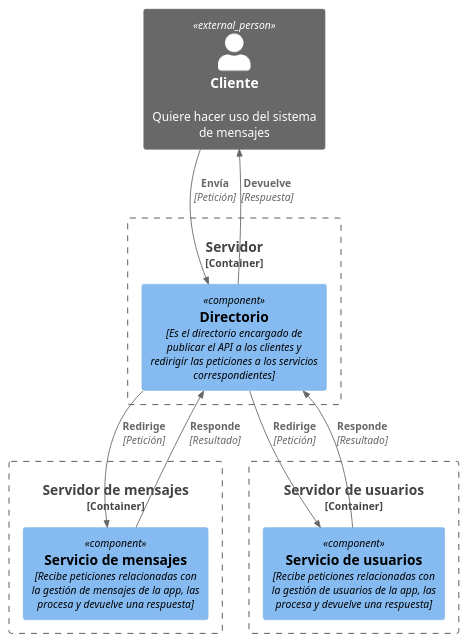
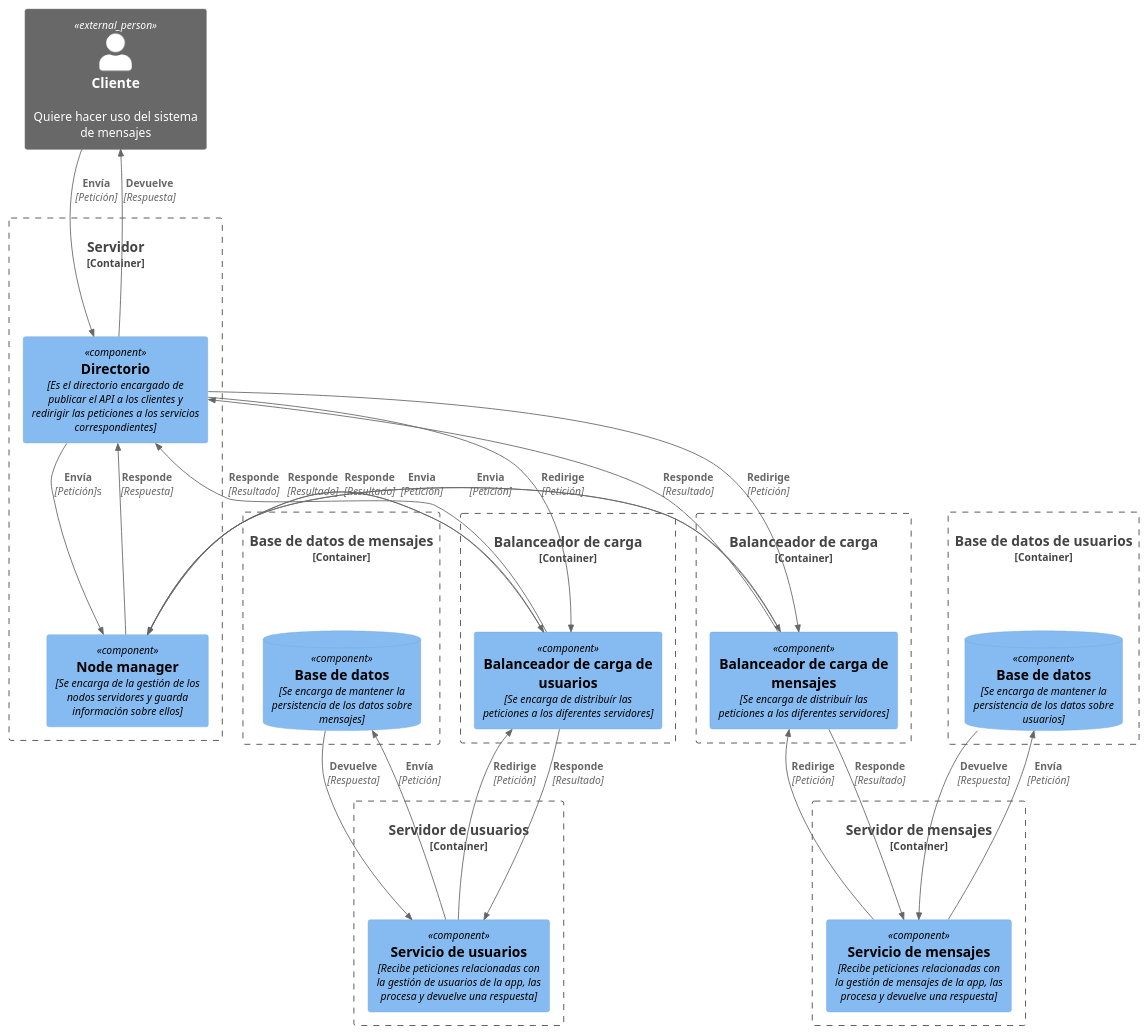
Before and after one commit to UDC-FIC-AS/practica-final-davidgsalvado: the diagram in presentación/Documentacion/contenedor.pu, drawn with PlantUML. The commit also changed 2 other files, not shown here.

```diff
--- a/presentación/Documentacion/contenedor.pu
+++ b/presentación/Documentacion/contenedor.pu
@@ -1,30 +1,92 @@
-@startuml Contenedor
+@startuml
 !include https://raw.githubusercontent.com/plantuml-stdlib/C4-PlantUML/master/C4_Component.puml
 
 Person_Ext(personAlias, "Cliente", "Quiere hacer uso del sistema de mensajes")
 
 Container_Boundary(servidor, "Servidor") {
     Component(directorio, "Directorio", "Es el directorio encargado de publicar el API a los clientes y redirigir las peticiones a los servicios correspondientes")
+    Component(nodo, "Node manager", "Se encarga de la gestión de los nodos servidores y guarda información sobre ellos")
+   
+       
+}
+
+Container_Boundary(bd1, "Base de datos de usuarios") {
+ ComponentDb(user_db, "Base de datos", "Se encarga de mantener la persistencia de los datos sobre usuarios")
+}
+
+Container_Boundary(bd2, "Base de datos de mensajes") {
+ ComponentDb(message_db, "Base de datos", "Se encarga de mantener la persistencia de los datos sobre mensajes")
 }
 
 Container_Boundary(servidor1, "Servidor de mensajes") {
     Component(mensajes, "Servicio de mensajes", "Recibe peticiones relacionadas con la gestión de mensajes de la app, las procesa y devuelve una respuesta")
+
 }
 
 Container_Boundary(servidor2, "Servidor de usuarios") {
     Component(usuarios, "Servicio de usuarios", "Recibe peticiones relacionadas con la gestión de usuarios de la app, las procesa y devuelve una respuesta")
+
 }
+
+
+Container_Boundary(balanceador1, "Balanceador de carga") {
+ Component(bal1, "Balanceador de carga de usuarios", "Se encarga de distribuír las peticiones a los diferentes servidores")
+
+}
+
+
+Container_Boundary(balanceador2, "Balanceador de carga") {
+ Component(bal2, "Balanceador de carga de mensajes", "Se encarga de distribuír las peticiones a los diferentes servidores")
+
+} 
+
+
+
+
+
+
 
 
 
 
 
 Rel(personAlias, directorio, "Envía", "Petición")
 Rel(directorio, personAlias, "Devuelve", "Respuesta")
 
-Rel(mensajes, directorio, "Responde", "Resultado")
-Rel(directorio, mensajes, "Redirige", "Petición")
+Rel(bal2, directorio, "Responde", "Resultado")
+Rel(directorio, bal2, "Redirige", "Petición")
 
-Rel(usuarios, directorio, "Responde", "Resultado")
-Rel(directorio, usuarios, "Redirige", "Petición")
+
+Rel(nodo, bal1, "Responde", "Resultado")
+
+Rel(bal2, nodo, "Envia", "Petición")
+
+Rel(nodo, bal2, "Responde", "Resultado")
+
+
+Rel(bal1, nodo, "Envia", "Petición")
+
+
+
+
+Rel(bal1, directorio, "Responde", "Resultado")
+Rel(directorio, bal1, "Redirige", "Petición")
+
+Rel(directorio, nodo, "Envía", "Petición")s
+Rel(nodo, directorio, "Responde", "Respuesta")
+
+
+Rel(mensajes, user_db, "Envía", "Petición")
+Rel(user_db, mensajes, "Devuelve", "Respuesta")
+
+Rel(usuarios, message_db, "Envía", "Petición")
+Rel(message_db, usuarios, "Devuelve", "Respuesta")
+
+
+
+Rel(bal1, usuarios, "Responde", "Resultado")
+Rel(usuarios, bal1, "Redirige", "Petición")
+
+Rel(bal2, mensajes, "Responde", "Resultado")
+Rel(mensajes, bal2, "Redirige", "Petición")
 @enduml
```
